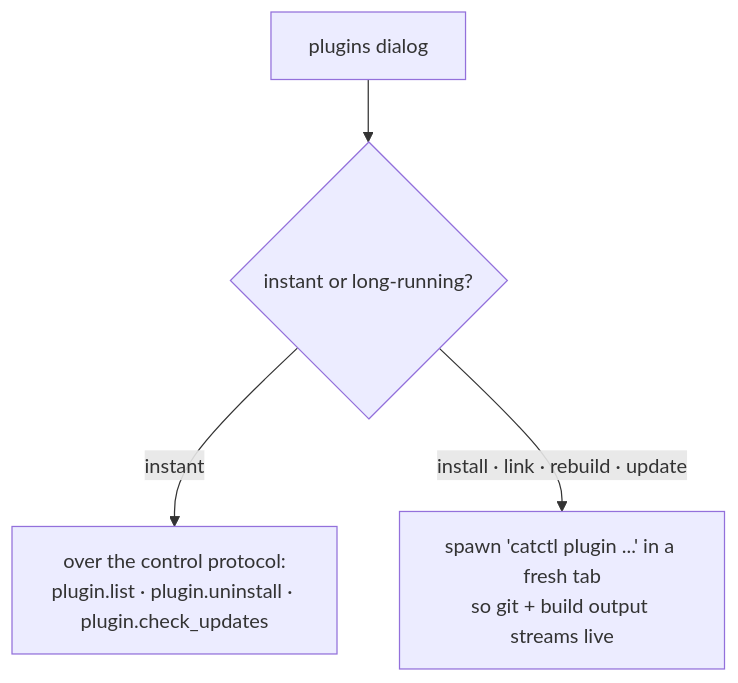
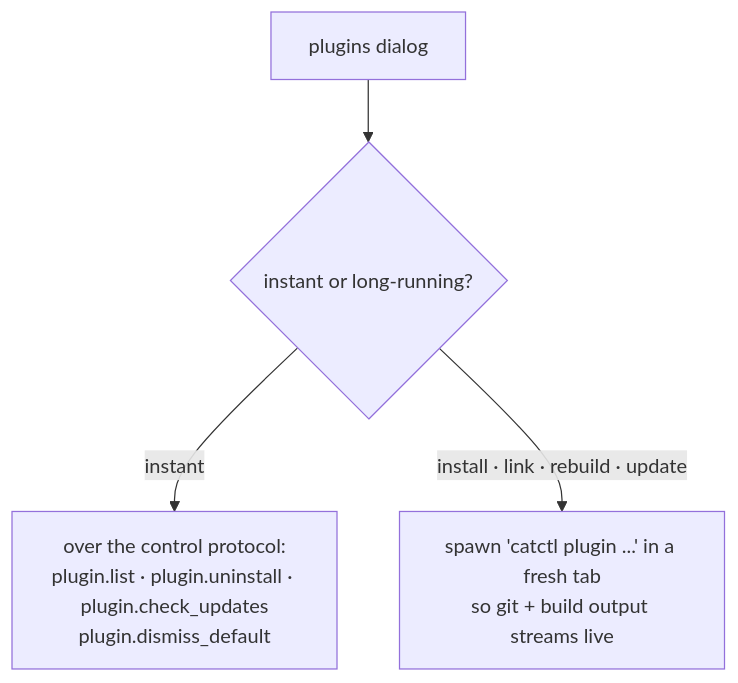
One commit to rohanthewiz/cats changed the fourth of 4 diagrams in docs/subsystems/plugins.md. Above: the diagram before and after it, drawn with Mermaid. The commit also changed other lines of this file and 15 other files, not shown here.

First line of the commit message:
Plugins dialog explains a default plugin that failed to install (N-046)

````diff
--- a/docs/subsystems/plugins.md
+++ b/docs/subsystems/plugins.md
@@ -548,11 +558,11 @@
 ```mermaid
 flowchart TD
   UI["plugins dialog"]
   INSTANT{"instant or long-running?"}
-  CMD["over the control protocol:<br/>plugin.list · plugin.uninstall · plugin.check_updates"]
+  CMD["over the control protocol:<br/>plugin.list · plugin.uninstall · plugin.check_updates<br/>plugin.dismiss_default"]
   SPAWN["spawn 'catctl plugin ...' in a fresh tab<br/>so git + build output streams live"]
 
   UI --> INSTANT
   INSTANT -->|"instant"| CMD
   INSTANT -->|"install · link · rebuild · update"| SPAWN
 ```
````
